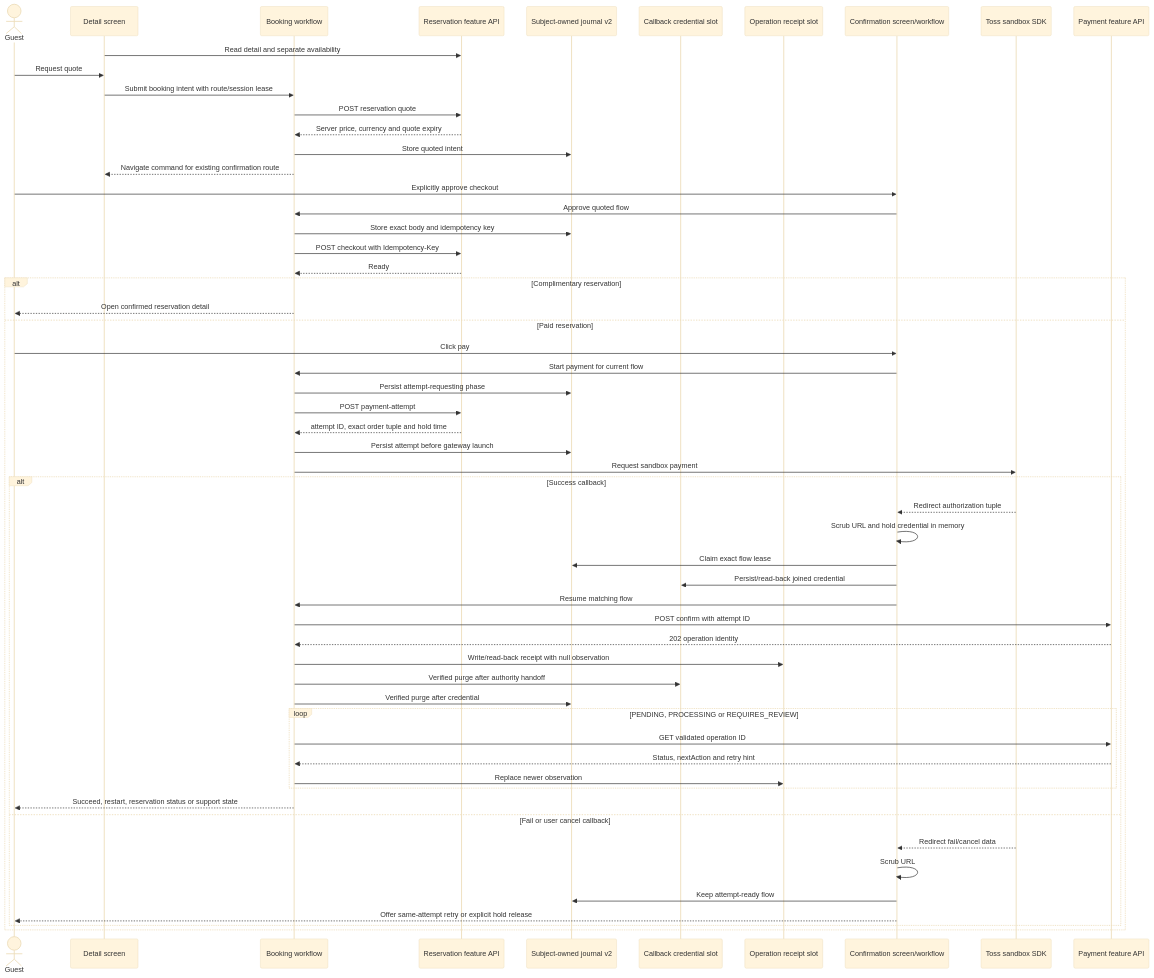
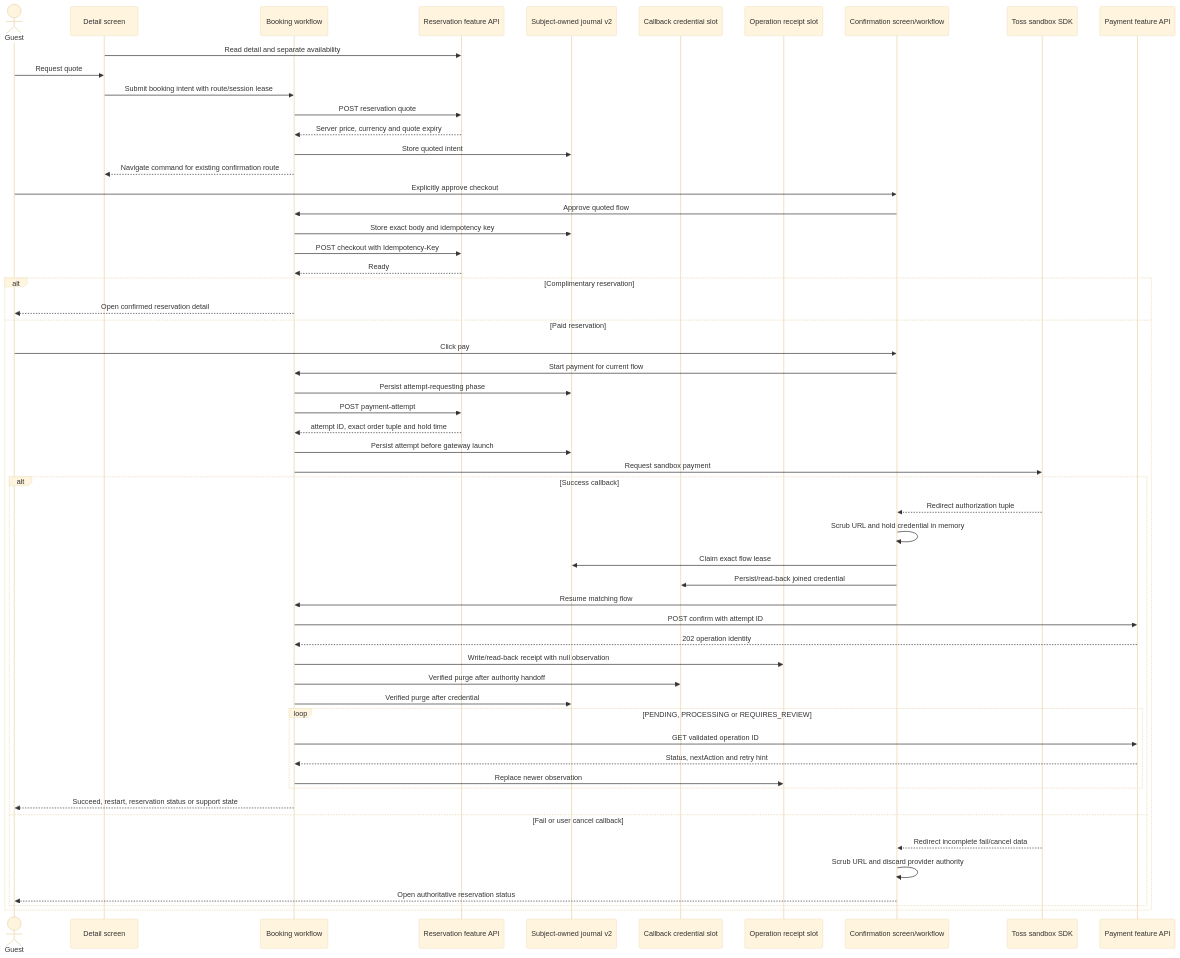
One commit to eeoos/airbob-front changed the second of 4 diagrams in docs/plans/2026-09-01-001-refactor-local-backend-contract-alignment-plan.md. Above: the diagram before and after it, drawn with Mermaid (base theme). The commit also changed other lines of this file and 1 other file, not shown here.

Commit message:
docs(frontend): restrict callback and receipt route authority

````diff
--- a/docs/plans/2026-09-01-001-refactor-local-backend-contract-alignment-plan.md
+++ b/docs/plans/2026-09-01-001-refactor-local-backend-contract-alignment-plan.md
@@ -188,60 +191,59 @@
 ```mermaid
 sequenceDiagram
   actor Guest
   participant Detail as Detail screen
   participant Booking as Booking workflow
   participant Reservation as Reservation feature API
   participant Journal as Subject-owned journal v2
   participant Credential as Callback credential slot
   participant Receipt as Operation receipt slot
   participant Confirm as Confirmation screen/workflow
   participant Toss as Toss sandbox SDK
   participant Payment as Payment feature API
 
   Detail->>Reservation: Read detail and separate availability
   Guest->>Detail: Request quote
   Detail->>Booking: Submit booking intent with route/session lease
   Booking->>Reservation: POST reservation quote
   Reservation-->>Booking: Server price, currency and quote expiry
   Booking->>Journal: Store quoted intent
   Booking-->>Detail: Navigate command for existing confirmation route
   Guest->>Confirm: Explicitly approve checkout
   Confirm->>Booking: Approve quoted flow
   Booking->>Journal: Store exact body and idempotency key
   Booking->>Reservation: POST checkout with Idempotency-Key
   Reservation-->>Booking: Ready
   alt Complimentary reservation
     Booking-->>Guest: Open confirmed reservation detail
   else Paid reservation
     Guest->>Confirm: Click pay
     Confirm->>Booking: Start payment for current flow
     Booking->>Journal: Persist attempt-requesting phase
     Booking->>Reservation: POST payment-attempt
     Reservation-->>Booking: attempt ID, exact order tuple and hold time
     Booking->>Journal: Persist attempt before gateway launch
     Booking->>Toss: Request sandbox payment
     alt Success callback
       Toss-->>Confirm: Redirect authorization tuple
       Confirm->>Confirm: Scrub URL and hold credential in memory
       Confirm->>Journal: Claim exact flow lease
       Confirm->>Credential: Persist/read-back joined credential
       Confirm->>Booking: Resume matching flow
       Booking->>Payment: POST confirm with attempt ID
       Payment-->>Booking: 202 operation identity
       Booking->>Receipt: Write/read-back receipt with null observation
       Booking->>Credential: Verified purge after authority handoff
       Booking->>Journal: Verified purge after credential
       loop PENDING, PROCESSING or REQUIRES_REVIEW
         Booking->>Payment: GET validated operation ID
         Payment-->>Booking: Status, nextAction and retry hint
         Booking->>Receipt: Replace newer observation
       end
       Booking-->>Guest: Succeed, restart, reservation status or support state
     else Fail or user cancel callback
-      Toss-->>Confirm: Redirect fail/cancel data
-      Confirm->>Confirm: Scrub URL
-      Confirm->>Journal: Keep attempt-ready flow
-      Confirm-->>Guest: Offer same-attempt retry or explicit hold release
+      Toss-->>Confirm: Redirect incomplete fail/cancel data
+      Confirm->>Confirm: Scrub URL and discard provider authority
+      Confirm-->>Guest: Open authoritative reservation status
     end
   end
 ```
````
